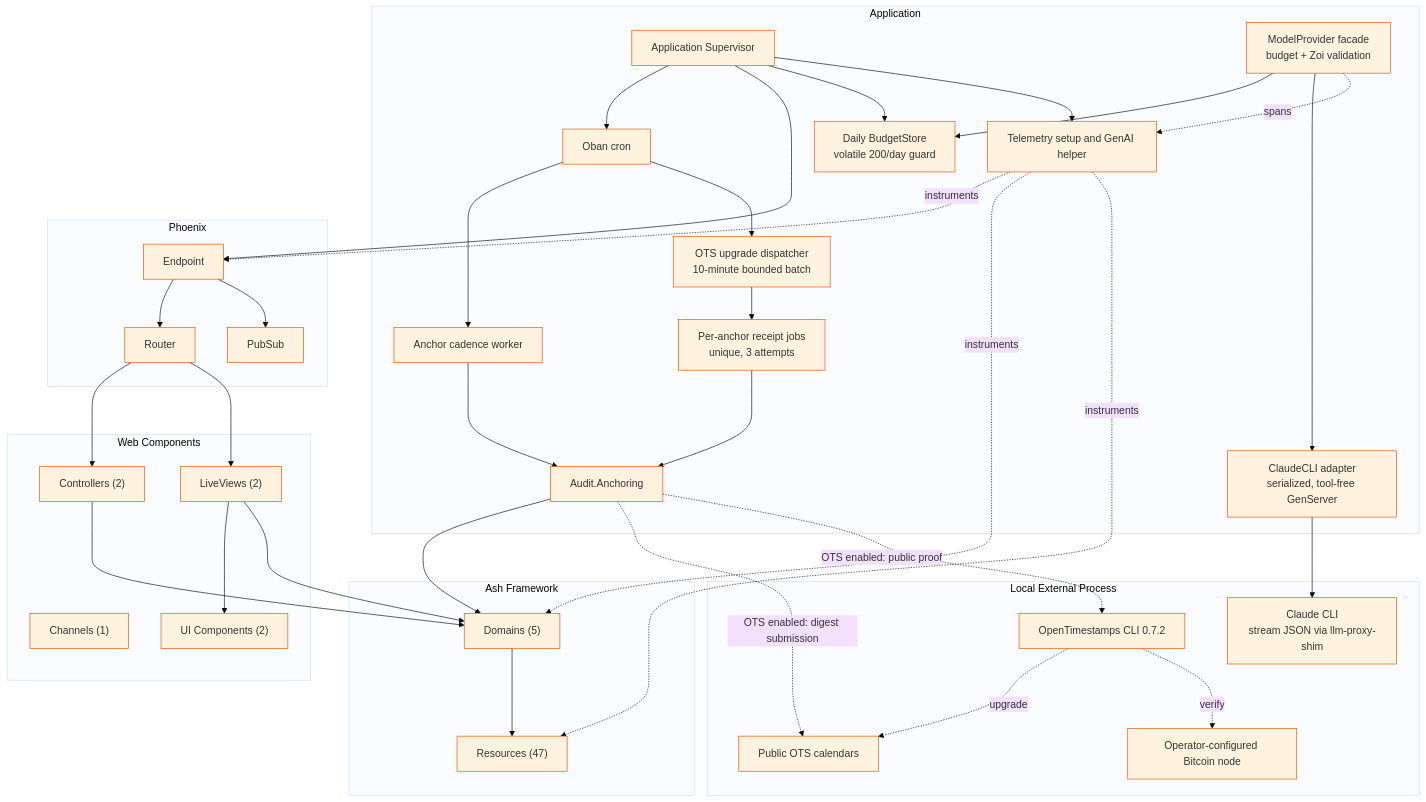
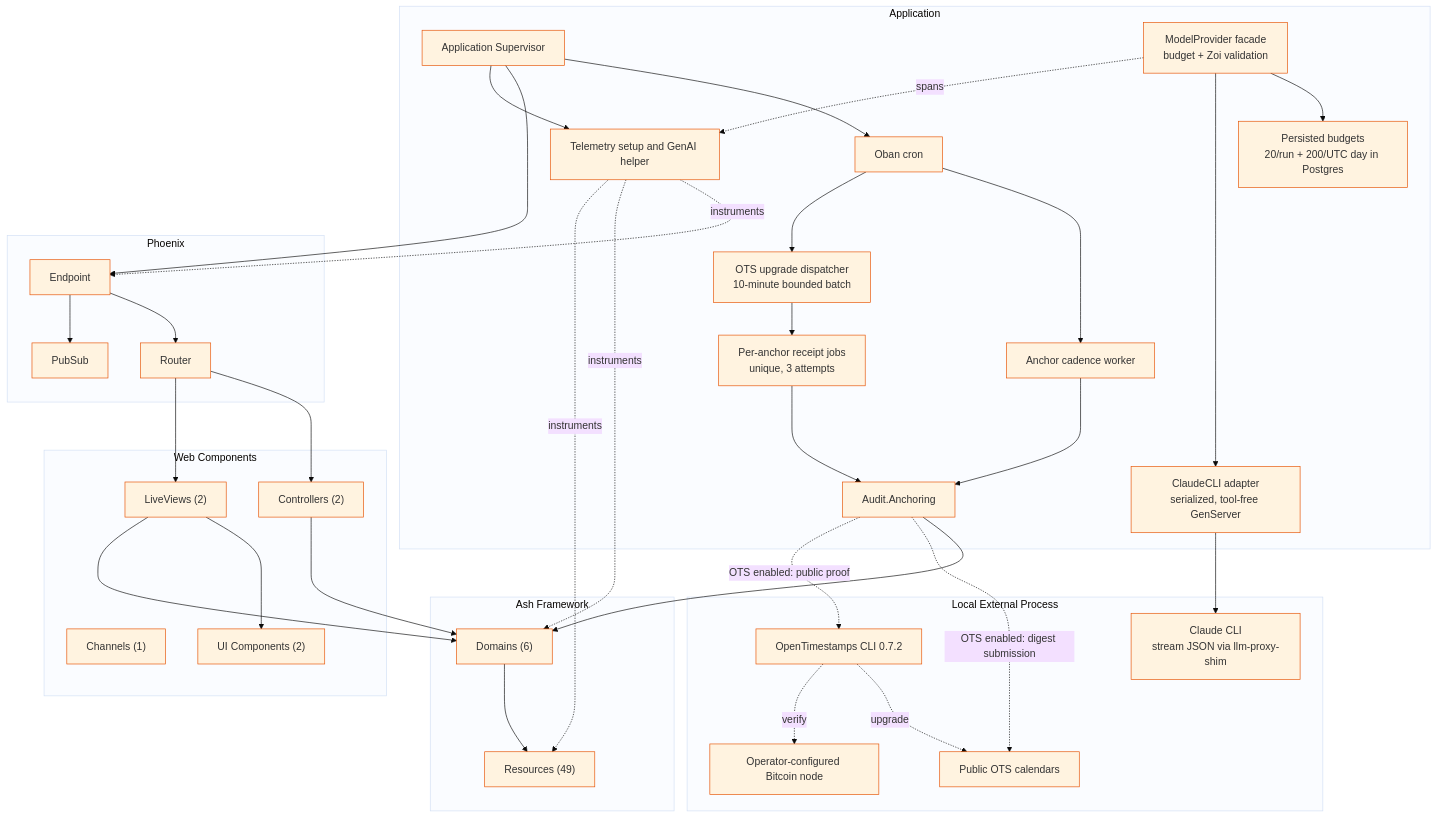
One commit to chops/sdr_agent changed the diagram in docs/architecture/components.md. Above: the diagram before and after it, drawn with Mermaid. The commit also changed other lines of this file and 5 other files, not shown here.

Commit message:
S7a: architecture diagrams — Operations domain, persisted budgets

````diff
--- a/docs/architecture/components.md
+++ b/docs/architecture/components.md
@@ -9,71 +9,70 @@
 ```mermaid
 %%{init: {'theme': 'base', 'themeVariables': { 'primaryColor': '#fff3e0', 'primaryBorderColor': '#e65100'}}}%%
 graph TB
     subgraph Application["Application"]
         App[Application Supervisor]
-        Budget[Daily BudgetStore<br/>volatile 200/day guard]
+        Budget[Persisted budgets<br/>20/run + 200/UTC day in Postgres]
         ModelProvider[ModelProvider facade<br/>budget + Zoi validation]
         ClaudeCLIAdapter[ClaudeCLI adapter<br/>serialized, tool-free GenServer]
         Telemetry[Telemetry setup and GenAI helper]
         Oban[Oban cron]
         Cadence[Anchor cadence worker]
         UpgradeDispatch[OTS upgrade dispatcher<br/>10-minute bounded batch]
         UpgradeJobs[Per-anchor receipt jobs<br/>unique, 3 attempts]
         Anchoring[Audit.Anchoring]
     end
 
     subgraph Phoenix["Phoenix"]
         Endpoint[Endpoint]
         Router[Router]
         PubSub[PubSub]
     end
 
     subgraph Web["Web Components"]
         Controllers["Controllers (2)"]
         LiveViews["LiveViews (2)"]
         Channels["Channels (1)"]
         UIComponents["UI Components (2)"]
     end
 
     subgraph Ash["Ash Framework"]
-        Domains["Domains (5)"]
-        Resources["Resources (47)"]
+        Domains["Domains (6)"]
+        Resources["Resources (49)"]
     end
 
     subgraph External["Local External Process"]
         Claude[Claude CLI<br/>stream JSON via llm-proxy-shim]
         OTSCLI[OpenTimestamps CLI 0.7.2]
         OTSCalendars[Public OTS calendars]
         Bitcoin[Operator-configured Bitcoin node]
     end
 
     App --> Oban
     Oban --> Cadence
     Oban --> UpgradeDispatch
     UpgradeDispatch --> UpgradeJobs
     Cadence --> Anchoring
     UpgradeJobs --> Anchoring
     Anchoring --> Domains
     Anchoring -. OTS enabled: digest submission .-> OTSCalendars
     Anchoring -. OTS enabled: public proof .-> OTSCLI
     OTSCLI -. upgrade .-> OTSCalendars
     OTSCLI -. verify .-> Bitcoin
     App --> Endpoint
-    App --> Budget
     App --> Telemetry
     ModelProvider --> Budget
     ModelProvider --> ClaudeCLIAdapter
     ModelProvider -. spans .-> Telemetry
     ClaudeCLIAdapter --> Claude
     Endpoint --> Router
     Endpoint --> PubSub
     Router --> Controllers
     Router --> LiveViews
     LiveViews --> UIComponents
     Controllers --> Domains
     LiveViews --> Domains
     Domains --> Resources
     Telemetry -. instruments .-> Endpoint
     Telemetry -. instruments .-> Domains
     Telemetry -. instruments .-> Resources
 ```
````
